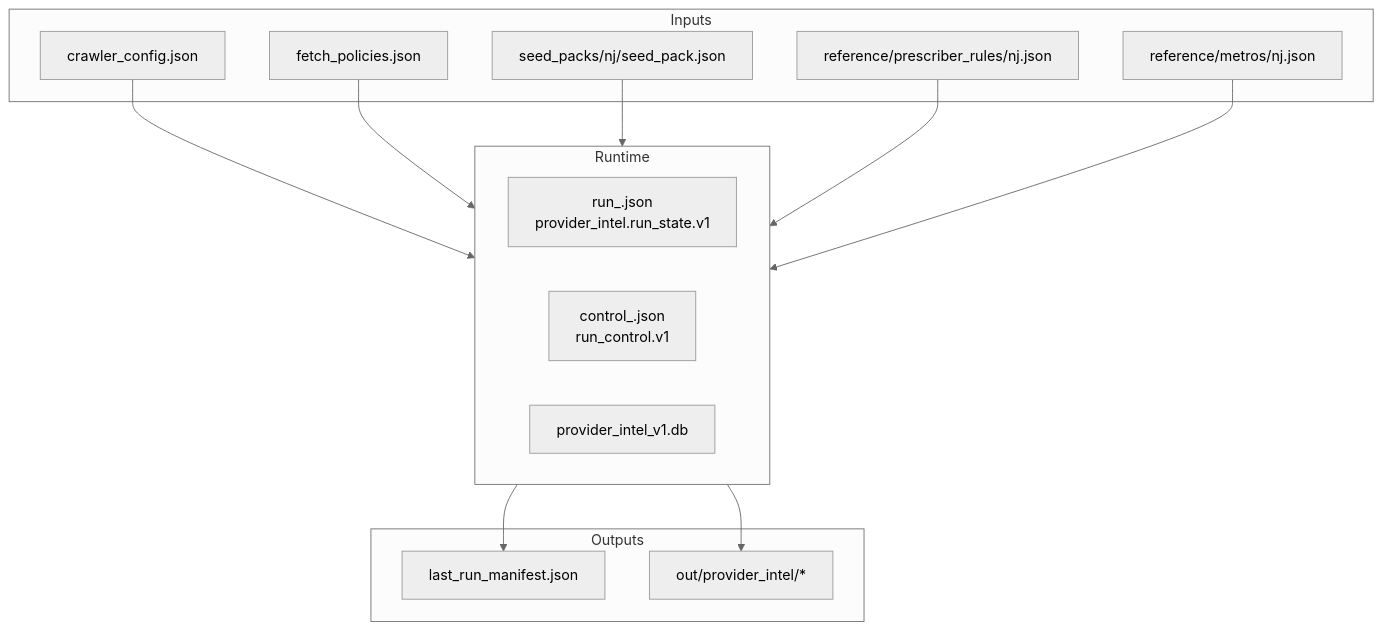
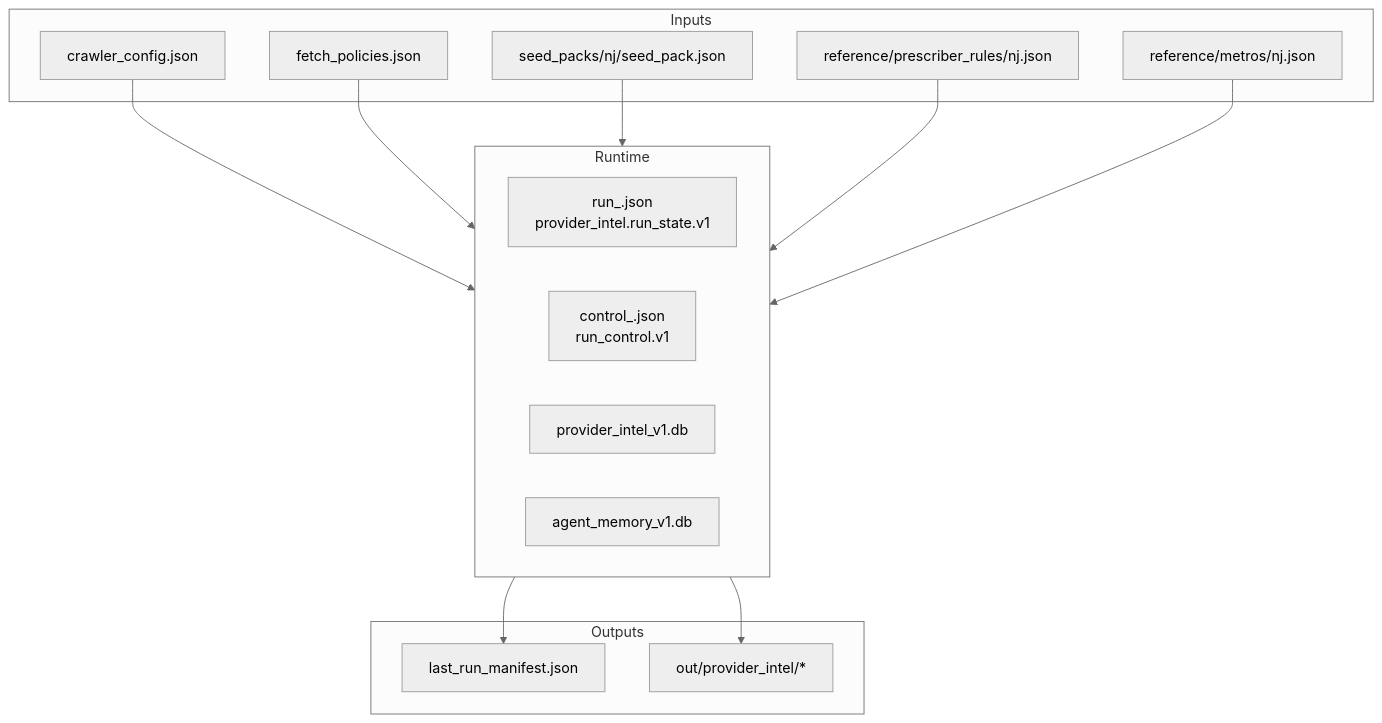
The second of 2 diagrams in docs/architecture.md (MikesHorcrux/ABAProviderIntelligenceEngine), drawn with Mermaid (neutral theme) before and after one commit. The commit also changed other lines of this file and 30 other files, not shown here.

````diff
--- a/docs/architecture.md
+++ b/docs/architecture.md
@@ -79,29 +88,30 @@
 ```mermaid
 flowchart TB
   subgraph Inputs
     CFG["crawler_config.json"]
     POL["fetch_policies.json"]
     SEED["seed_packs/nj/seed_pack.json"]
     RULES["reference/prescriber_rules/nj.json"]
     METROS["reference/metros/nj.json"]
   end
 
   subgraph Runtime
     RS["run_<id>.json\nprovider_intel.run_state.v1"]
     RC["control_<id>.json\nrun_control.v1"]
     DB["provider_intel_v1.db"]
+    MEM["agent_memory_v1.db"]
   end
 
   subgraph Outputs
     MAN["last_run_manifest.json"]
     OUT["out/provider_intel/*"]
   end
 
   CFG --> Runtime
   POL --> Runtime
   SEED --> Runtime
   RULES --> Runtime
   METROS --> Runtime
   Runtime --> MAN
   Runtime --> OUT
 ```
````
